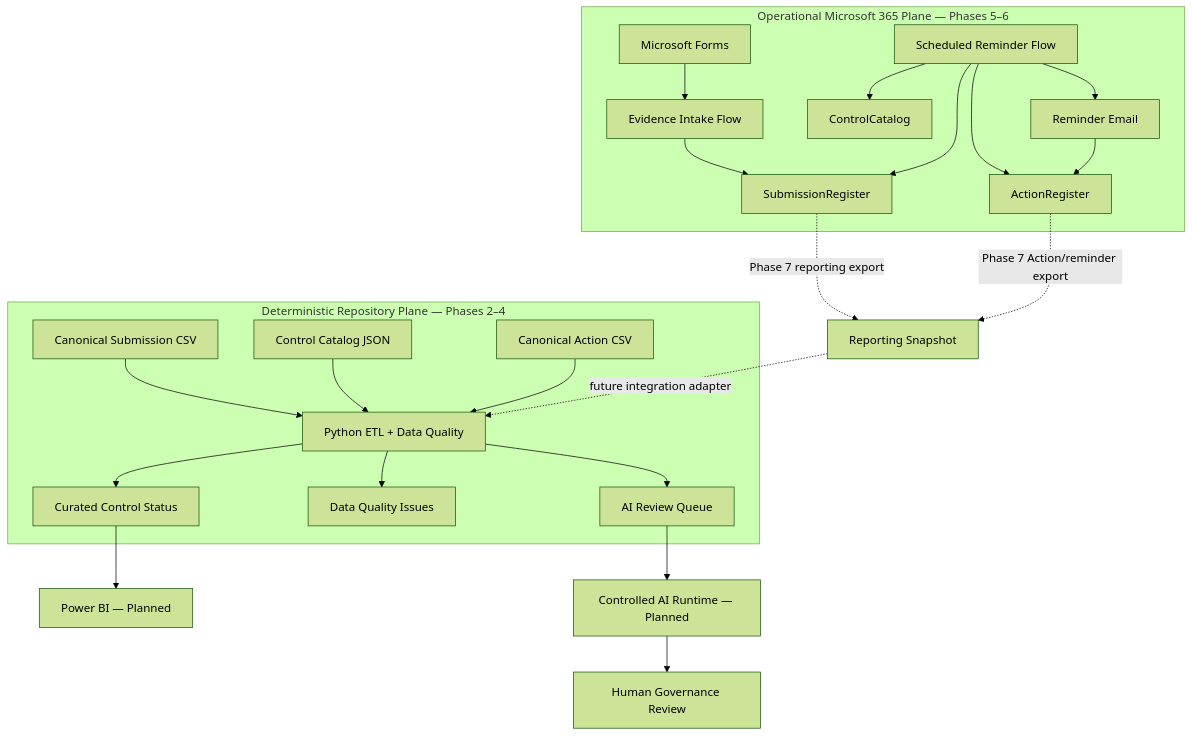
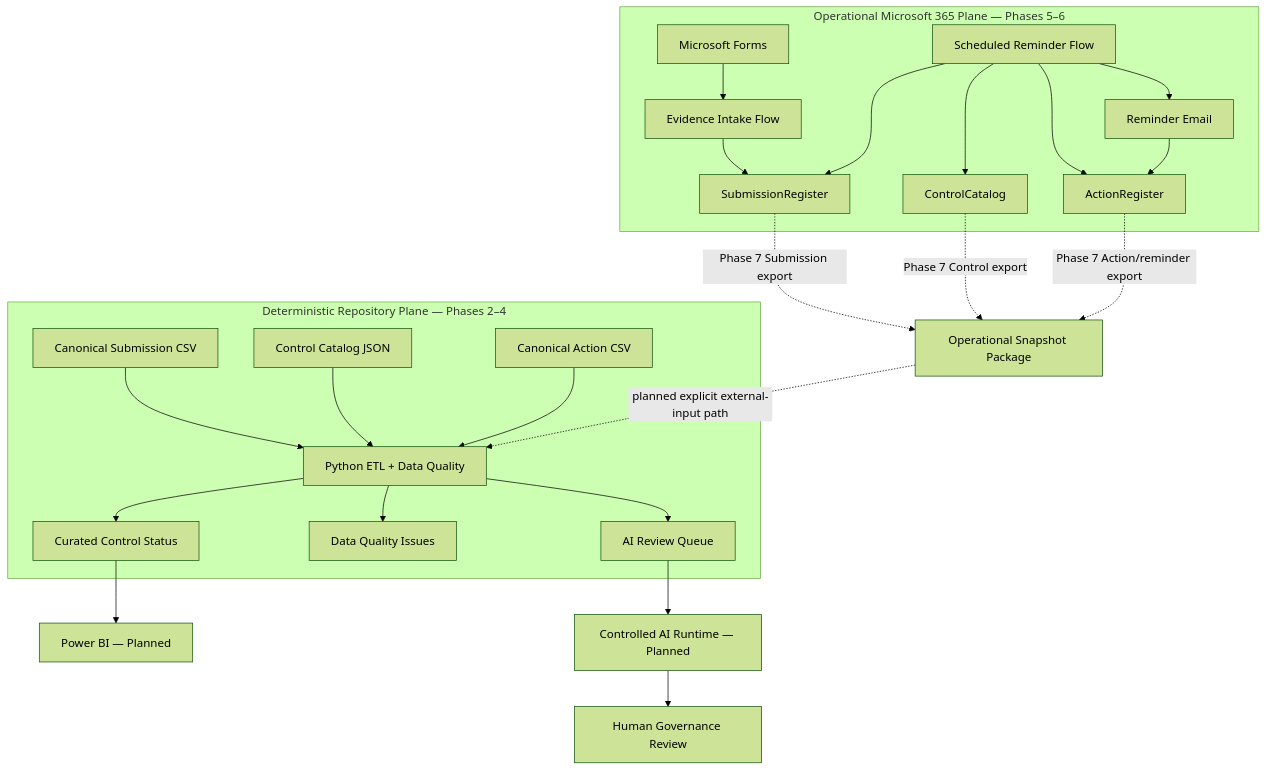
Before and after one commit to gw-ai-security/cyber-governance-automation-lab: the first of 4 diagrams in docs/architecture.md, drawn with Mermaid (forest theme). The commit also changed other lines of this file, not shown here.

Commit message:
docs: align architecture with Phase 7.0 contract

````diff
--- a/docs/architecture.md
+++ b/docs/architecture.md
@@ -47,30 +60,31 @@
 ```mermaid
 flowchart TD
     subgraph OP[Operational Microsoft 365 Plane — Phases 5–6]
         A[Microsoft Forms] --> B[Evidence Intake Flow]
         B --> C[SubmissionRegister]
 
         D[Scheduled Reminder Flow] --> C
         D --> E[ControlCatalog]
         D --> F[ActionRegister]
         D --> G[Reminder Email]
         G --> F
     end
 
     subgraph REPO[Deterministic Repository Plane — Phases 2–4]
         H[Canonical Submission CSV] --> K[Python ETL + Data Quality]
         I[Control Catalog JSON] --> K
         J[Canonical Action CSV] --> K
         K --> L[Curated Control Status]
         K --> M[Data Quality Issues]
         K --> N[AI Review Queue]
     end
 
-    C -. Phase 7 reporting export .-> S[Reporting Snapshot]
+    C -. Phase 7 Submission export .-> S[Operational Snapshot Package]
+    E -. Phase 7 Control export .-> S
     F -. Phase 7 Action/reminder export .-> S
-    S -. future integration adapter .-> K
+    S -. planned explicit external-input path .-> K
 
     L --> P[Power BI — Planned]
     N --> Q[Controlled AI Runtime — Planned]
     Q --> R[Human Governance Review]
 ```
````
